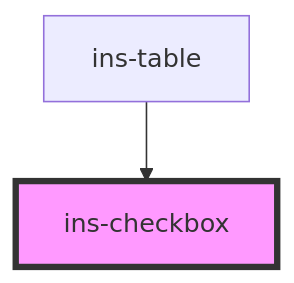
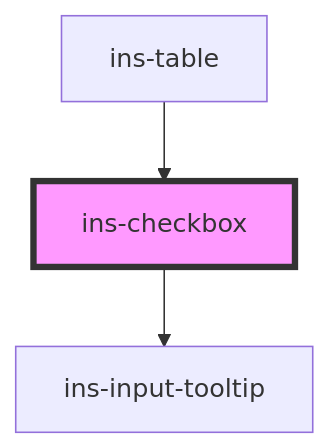
One commit to insites-io/insites-components-v2 changed the diagram in components/src/components/ins-checkbox/README.md. Above: the diagram before and after it, drawn with Mermaid. The commit also changed other lines of this file and 21 other files, not shown here.

````diff
--- a/components/src/components/ins-checkbox/README.md
+++ b/components/src/components/ins-checkbox/README.md
@@ -51,5 +56,6 @@
 ```mermaid
 graph TD;
+  ins-checkbox --> ins-input-tooltip
   ins-table --> ins-checkbox
   style ins-checkbox fill:#f9f,stroke:#333,stroke-width:4px
 ```
````
